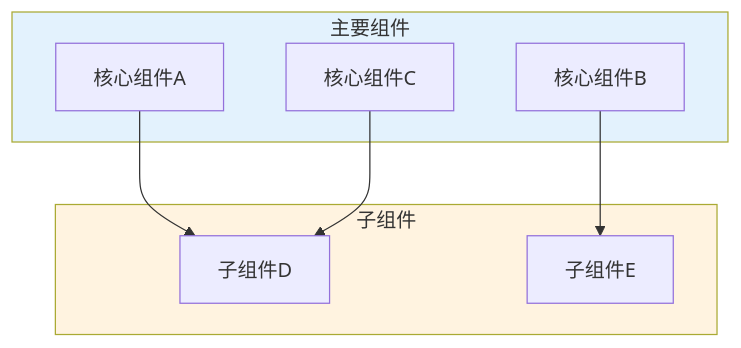
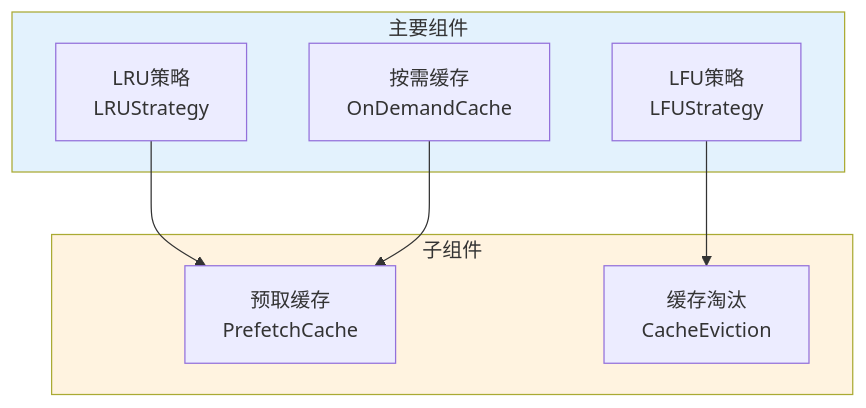
Diagram 26 of 31 in _posts/2025-07-28-indexlib-10-filesystem-storage.md (zhouzhilong-commits/zhouzhilong-commits.github.io), drawn with Mermaid before and after one commit. The commit also changed other lines of this file and 3 other files, not shown here.

````diff
--- a/_posts/2025-07-28-indexlib-10-filesystem-storage.md
+++ b/_posts/2025-07-28-indexlib-10-filesystem-storage.md
@@ -1819,20 +1819,20 @@
 ```mermaid
 flowchart TD
     subgraph Main["主要组件"]
-        A["核心组件A"]
-        B["核心组件B"]
-        C["核心组件C"]
+        A["LRU策略<br/>LRUStrategy"]
+        B["LFU策略<br/>LFUStrategy"]
+        C["按需缓存<br/>OnDemandCache"]
     end
     
     subgraph Sub["子组件"]
-        D["子组件D"]
-        E["子组件E"]
+        D["预取缓存<br/>PrefetchCache"]
+        E["缓存淘汰<br/>CacheEviction"]
     end
     
     A --> D
     B --> E
     C --> D
     
     style Main fill:#e3f2fd
     style Sub fill:#fff3e0
 ```
````
